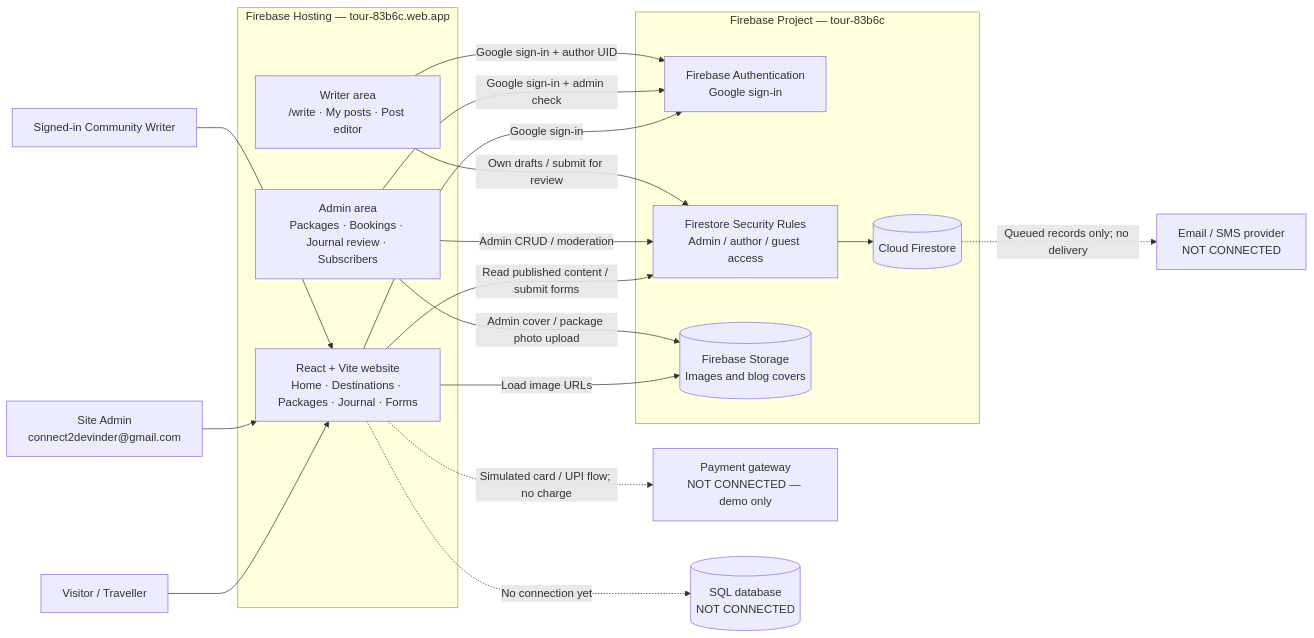
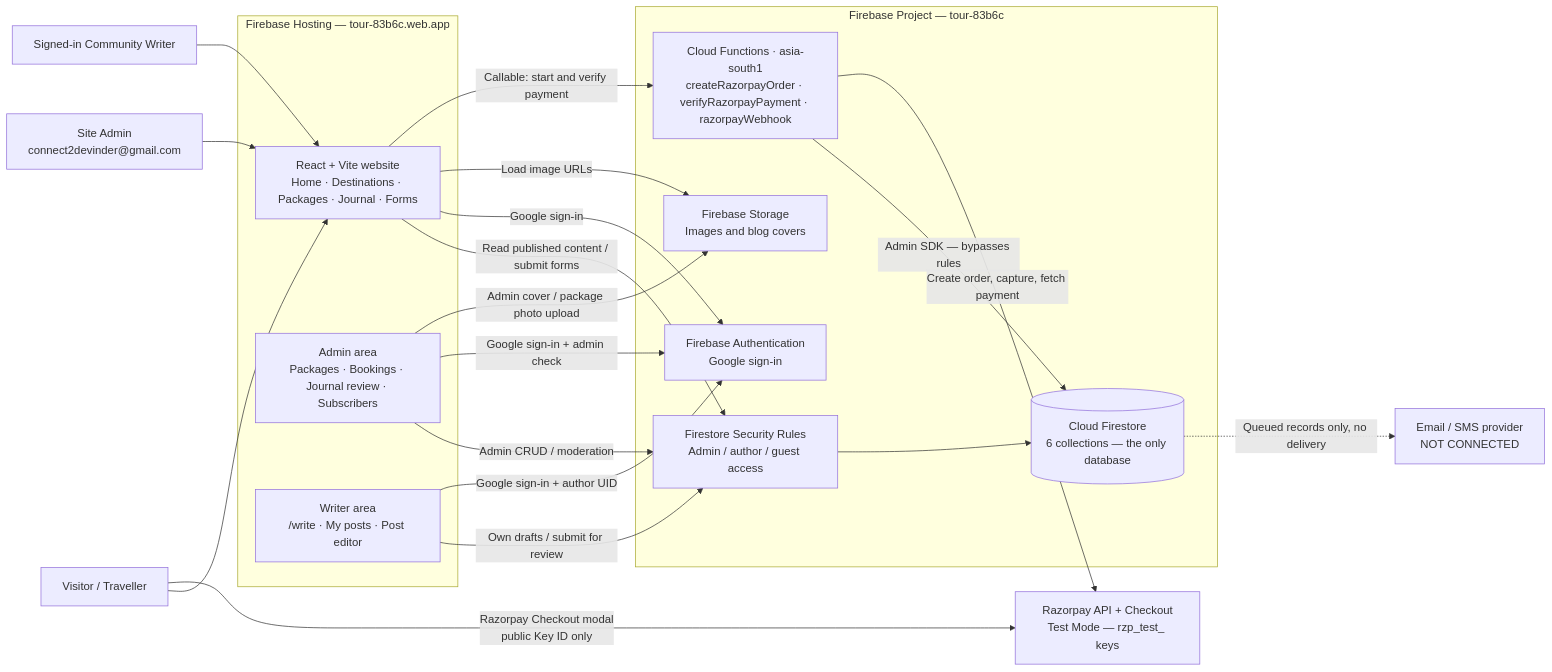
The first of 7 diagrams in docs/website-working-flow.md (connect2devinder-arch/Tour-Travel), drawn with Mermaid before and after one commit. The commit also changed other lines of this file, not shown here.

First line of the commit message:
Update working-flow doc for Firestore, Razorpay and fixed diagrams

````diff
--- a/docs/website-working-flow.md
+++ b/docs/website-working-flow.md
@@ -9,39 +11,41 @@
 ```mermaid
 flowchart LR
-    Visitor[Visitor / Traveller]
-    Admin[Site Admin\nconnect2devinder@gmail.com]
-    Writer[Signed-in Community Writer]
+    Visitor["Visitor / Traveller"]
+    Admin["Site Admin<br/>connect2devinder@gmail.com"]
+    Writer["Signed-in Community Writer"]
 
-    subgraph Hosting[Firebase Hosting — tour-83b6c.web.app]
-        SPA[React + Vite website\nHome · Destinations · Packages · Journal · Forms]
-        AdminUI[Admin area\nPackages · Bookings · Journal review · Subscribers]
-        WriteUI[Writer area\n/write · My posts · Post editor]
+    subgraph Hosting["Firebase Hosting — tour-83b6c.web.app"]
+        SPA["React + Vite website<br/>Home · Destinations · Packages · Journal · Forms"]
+        AdminUI["Admin area<br/>Packages · Bookings · Journal review · Subscribers"]
+        WriteUI["Writer area<br/>/write · My posts · Post editor"]
     end
 
-    subgraph Firebase[Firebase Project — tour-83b6c]
-        Auth[Firebase Authentication\nGoogle sign-in]
-        Rules[Firestore Security Rules\nAdmin / author / guest access]
-        DB[(Cloud Firestore)]
-        Storage[(Firebase Storage\nImages and blog covers)]
+    subgraph Firebase["Firebase Project — tour-83b6c"]
+        Auth["Firebase Authentication<br/>Google sign-in"]
+        Rules["Firestore Security Rules<br/>Admin / author / guest access"]
+        DB[("Cloud Firestore<br/>6 collections — the only database")]
+        Storage["Firebase Storage<br/>Images and blog covers"]
+        Functions["Cloud Functions · asia-south1<br/>createRazorpayOrder · verifyRazorpayPayment · razorpayWebhook"]
     end
 
-    EmailSMS[Email / SMS provider\nNOT CONNECTED]
-    Payment[Payment gateway\nNOT CONNECTED — demo only]
-    SQL[(SQL database\nNOT CONNECTED)]
+    EmailSMS["Email / SMS provider<br/>NOT CONNECTED"]
+    Razorpay["Razorpay API + Checkout<br/>Test Mode — rzp_test_ keys"]
 
     Visitor --> SPA
     Admin --> SPA
     Writer --> SPA
-    SPA -->|Read published content / submit forms| Rules
-    AdminUI -->|Admin CRUD / moderation| Rules
-    WriteUI -->|Own drafts / submit for review| Rules
-    SPA -->|Google sign-in| Auth
-    AdminUI -->|Google sign-in + admin check| Auth
-    WriteUI -->|Google sign-in + author UID| Auth
+    SPA -->|"Read published content / submit forms"| Rules
+    AdminUI -->|"Admin CRUD / moderation"| Rules
+    WriteUI -->|"Own drafts / submit for review"| Rules
+    SPA -->|"Google sign-in"| Auth
+    AdminUI -->|"Google sign-in + admin check"| Auth
+    WriteUI -->|"Google sign-in + author UID"| Auth
     Rules --> DB
-    SPA -->|Load image URLs| Storage
-    AdminUI -->|Admin cover / package photo upload| Storage
-    DB -.->|Queued records only; no delivery| EmailSMS
-    SPA -.->|Simulated card / UPI flow; no charge| Payment
-    SPA -.->|No connection yet| SQL
+    SPA -->|"Load image URLs"| Storage
+    AdminUI -->|"Admin cover / package photo upload"| Storage
+    SPA -->|"Callable: start and verify payment"| Functions
+    Functions -->|"Admin SDK — bypasses rules"| DB
+    Functions -->|"Create order, capture, fetch payment"| Razorpay
+    Visitor -->|"Razorpay Checkout modal<br/>public Key ID only"| Razorpay
+    DB -.->|"Queued records only, no delivery"| EmailSMS
 ```
````
